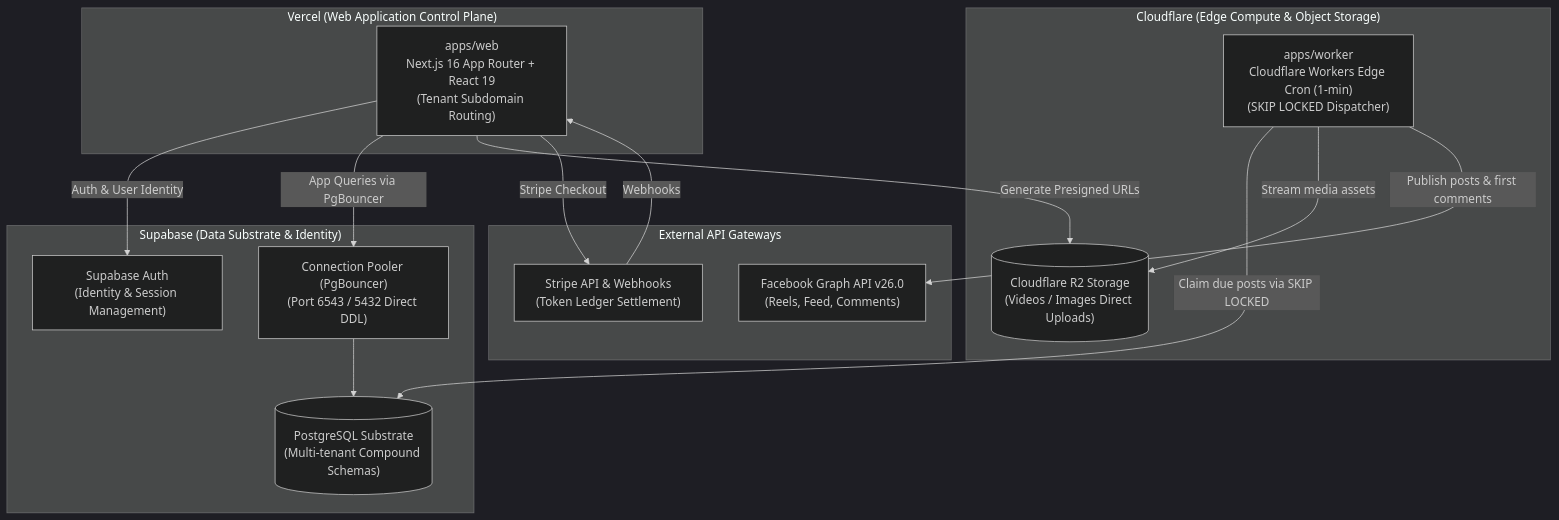
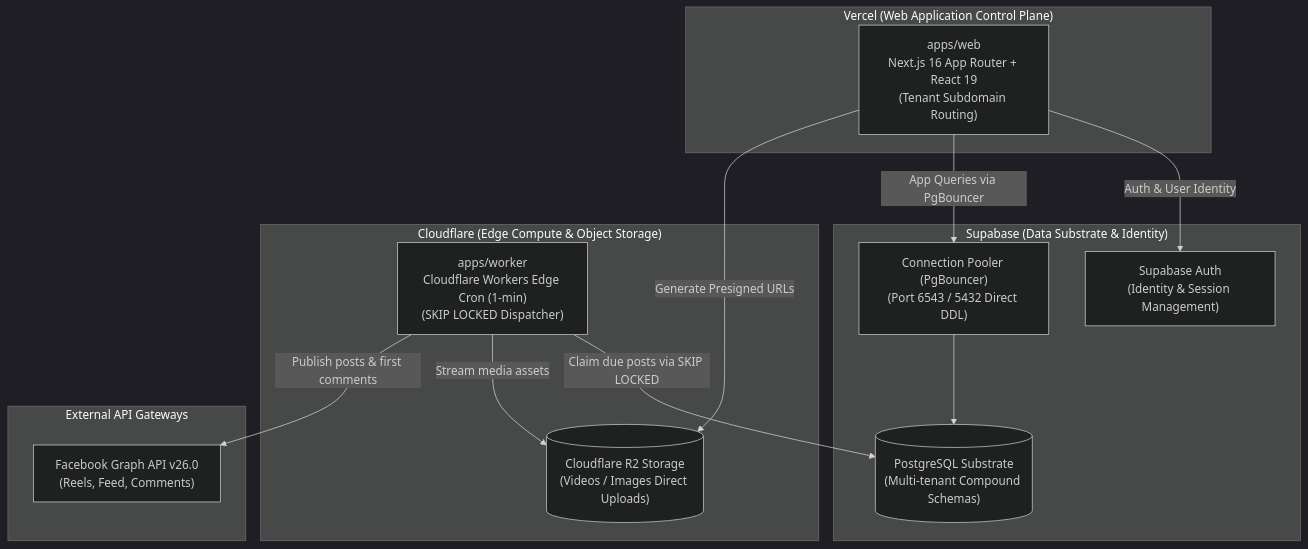
The first of 2 diagrams in docs/foundational-knowledge.md (Velocta/fbuploadpro), drawn with Mermaid (dark theme) before and after one commit. The commit also changed other lines of this file and 35 other files, not shown here.

````diff
--- a/docs/foundational-knowledge.md
+++ b/docs/foundational-knowledge.md
@@ -17,32 +17,29 @@
 ```mermaid
 flowchart TD
     subgraph VercelHost ["Vercel (Web Application Control Plane)"]
         Web["apps/web\nNext.js 16 App Router + React 19\n(Tenant Subdomain Routing)"]
     end
 
     subgraph SupabaseCloud ["Supabase (Data Substrate & Identity)"]
         Auth["Supabase Auth\n(Identity & Session Management)"]
         PG[("PostgreSQL Substrate\n(Multi-tenant Compound Schemas)")]
         Pooler["Connection Pooler (PgBouncer)\n(Port 6543 / 5432 Direct DDL)"]
     end
 
     subgraph CloudflareEdge ["Cloudflare (Edge Compute & Object Storage)"]
         Worker["apps/worker\nCloudflare Workers Edge Cron (1-min)\n(SKIP LOCKED Dispatcher)"]
         R2[("Cloudflare R2 Storage\n(Videos / Images Direct Uploads)")]
     end
 
     subgraph ExternalServices ["External API Gateways"]
         FB["Facebook Graph API v26.0\n(Reels, Feed, Comments)"]
-        Stripe["Stripe API & Webhooks\n(Token Ledger Settlement)"]
     end
 
     Web -->|Auth & User Identity| Auth
     Web -->|App Queries via PgBouncer| Pooler
     Pooler --> PG
     Web -->|Generate Presigned URLs| R2
     Worker -->|Claim due posts via SKIP LOCKED| PG
     Worker -->|Stream media assets| R2
     Worker -->|Publish posts & first comments| FB
-    Web -->|Stripe Checkout| Stripe
-    Stripe -->|Webhooks| Web
 ```
````
